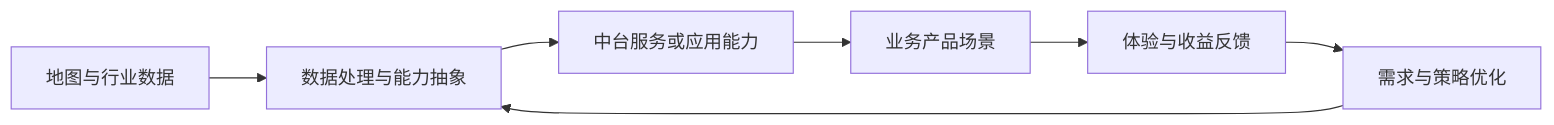
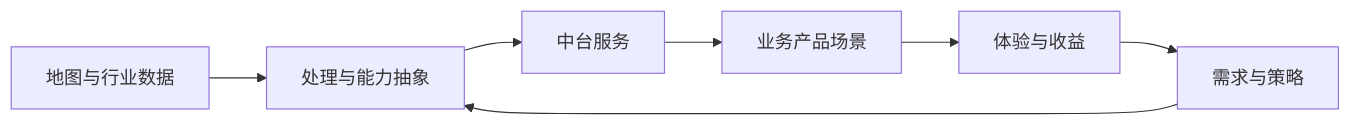
Before and after one commit to AI-PM-Wiki/AIPM: the first of 3 diagrams in docs/job/jd-breakdowns/bytedance-business-platform-pm.md, drawn with Mermaid. The commit also changed other lines of this file and 17 other files, not shown here.

````diff
--- a/docs/job/jd-breakdowns/bytedance-business-platform-pm.md
+++ b/docs/job/jd-breakdowns/bytedance-business-platform-pm.md
@@ -82,9 +106,9 @@
 ```mermaid
 flowchart LR
-    A[地图与行业数据] --> B[数据处理与能力抽象]
-    B --> C[中台服务或应用能力]
+    A[地图与行业数据] --> B[处理与能力抽象]
+    B --> C[中台服务]
     C --> D[业务产品场景]
-    D --> E[体验与收益反馈]
-    E --> F[需求与策略优化]
+    D --> E[体验与收益]
+    E --> F[需求与策略]
     F --> B
 ```
````
